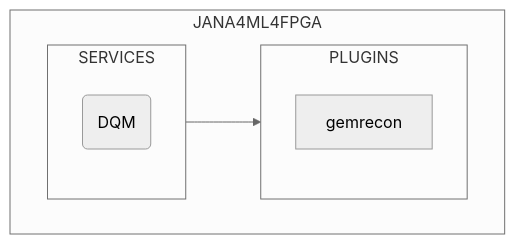
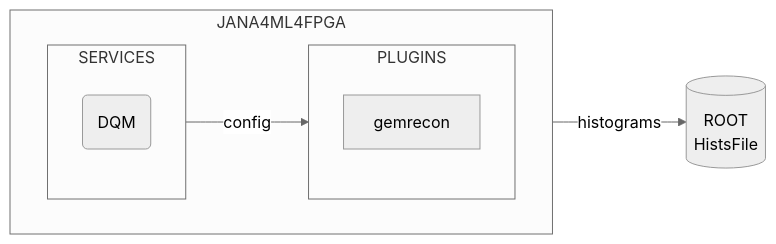
One commit to JeffersonLab/JANA4ML4FPGA changed the diagram in doc/dqm.md. Above: the diagram before and after it, drawn with Mermaid (neutral theme). The commit also changed other lines of this file and 7 other files, not shown here.

````diff
--- a/doc/dqm.md
+++ b/doc/dqm.md
@@ -21,18 +21,22 @@
 ```mermaid
 flowchart LR
   subgraph JANA4ML4FPGA
     direction LR
     
     subgraph SERVICES
         direction BT
         dqm(DQM)
     end
     
     subgraph PLUGINS
         direction BT
         gemrecon
     end
     
-    dqm --> gemrecon
+    dqm -->|config| gemrecon
   end
+  
+  root_file[(ROOT<br>HistsFile)]
+  
+  gemrecon -->|histograms| root_file
 ```
````
